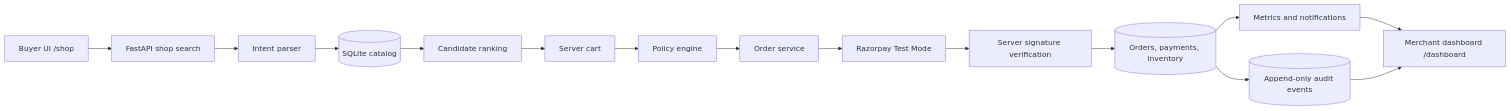
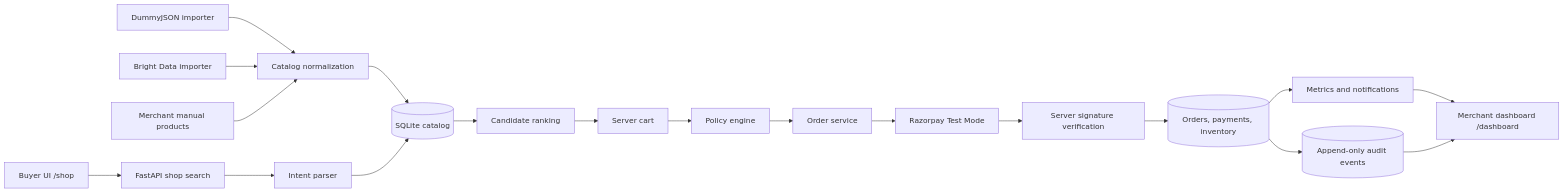
One commit to 23f1002643/Hackthon-RZ changed the diagram in agent-growth-hub-main/README.md. Above: the diagram before and after it, drawn with Mermaid. The commit also changed other lines of this file and 11 other files, not shown here.

````diff
--- a/agent-growth-hub-main/README.md
+++ b/agent-growth-hub-main/README.md
@@ -17,17 +17,21 @@
 ```mermaid
 flowchart LR
+    Dummy[DummyJSON importer] --> Normalize[Catalog normalization]
+    Bright[Bright Data importer] --> Normalize
+    Manual[Merchant manual products] --> Normalize
+    Normalize --> Catalog[(SQLite catalog)]
     Buyer[Buyer UI /shop] --> Search[FastAPI shop search]
     Search --> Intent[Intent parser]
-    Intent --> Catalog[(SQLite catalog)]
+    Intent --> Catalog
     Catalog --> Rank[Candidate ranking]
     Rank --> Cart[Server cart]
     Cart --> Policy[Policy engine]
     Policy --> Order[Order service]
     Order --> RZP[Razorpay Test Mode]
     RZP --> Verify[Server signature verification]
     Verify --> State[(Orders, payments, inventory)]
     State --> Metrics[Metrics and notifications]
     State --> Audit[(Append-only audit events)]
     Metrics --> Dashboard[Merchant dashboard /dashboard]
     Audit --> Dashboard
 ```
````
